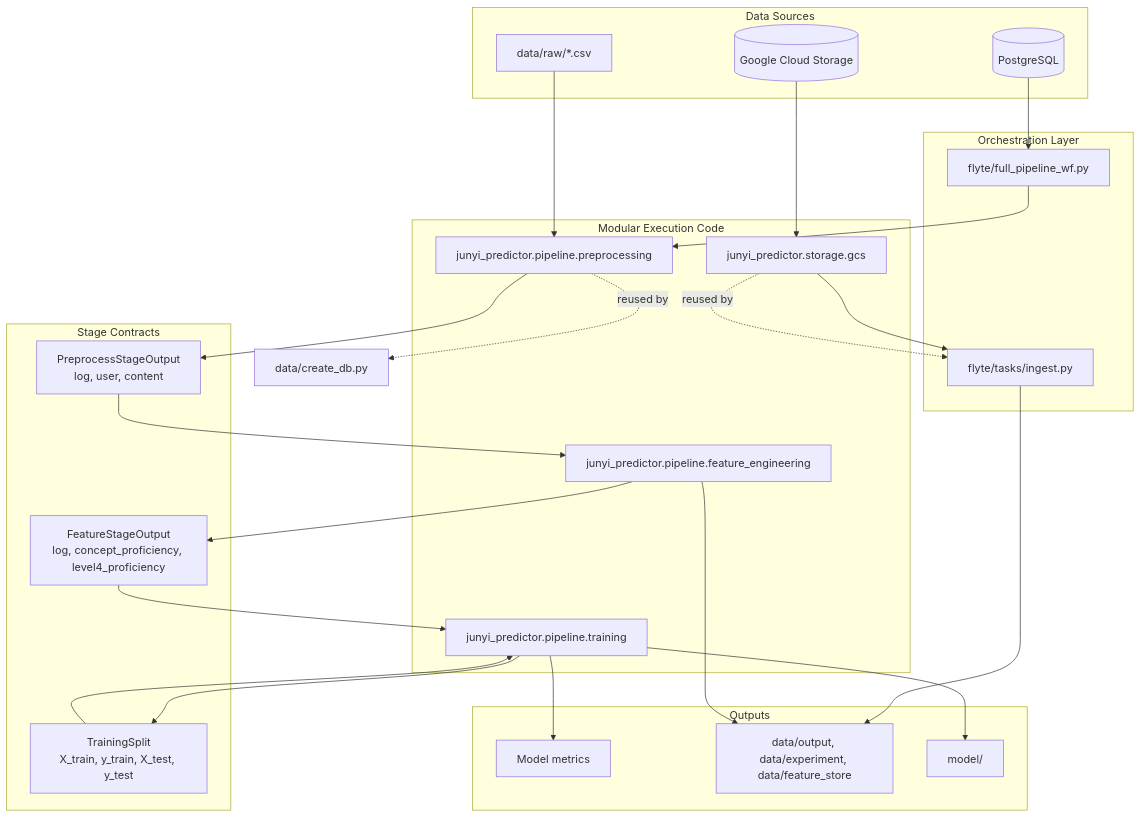
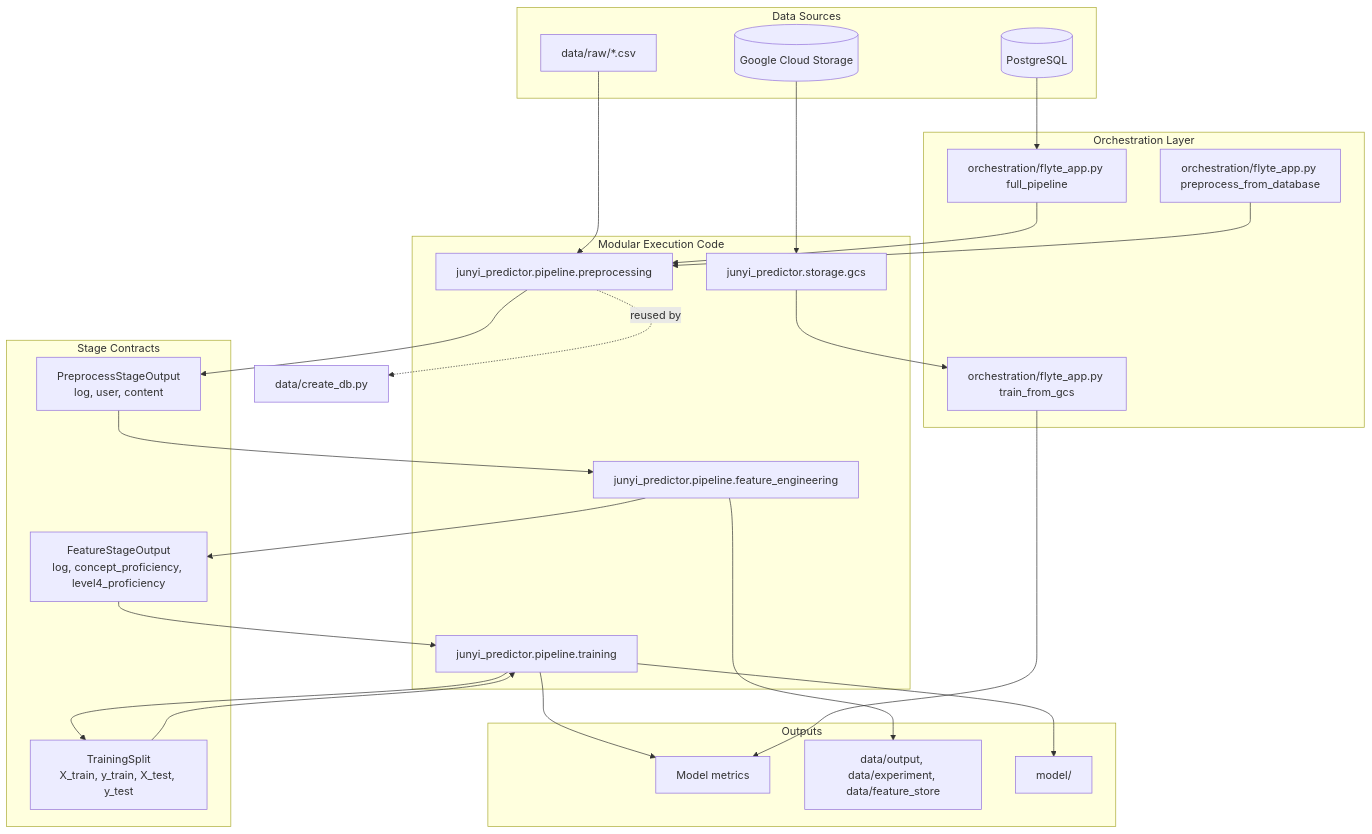
Before and after one commit to linhsinp/junyi-online-learning-prediction: the diagram in docs/current-system-design.md, drawn with Mermaid. The commit also changed other lines of this file and 4 other files, not shown here.

Commit message:
:memo: refresh docs and local commands for Flyte 2

````diff
--- a/docs/current-system-design.md
+++ b/docs/current-system-design.md
@@ -3,53 +3,54 @@
 ```mermaid
 flowchart TD
     subgraph Sources[Data Sources]
         PG[(PostgreSQL)]
         GCS[(Google Cloud Storage)]
         CSV[data/raw/*.csv]
     end
 
     subgraph Orchestration[Orchestration Layer]
-        WF[flyte/full_pipeline_wf.py]
-        INGEST[flyte/tasks/ingest.py]
+        WF[orchestration/flyte_app.py full_pipeline]
+        PRETASK[orchestration/flyte_app.py preprocess_from_database]
+        TRAINTASK[orchestration/flyte_app.py train_from_gcs]
     end
 
     subgraph Core[Modular Execution Code]
         PRE[junyi_predictor.pipeline.preprocessing]
         FE[junyi_predictor.pipeline.feature_engineering]
         TR[junyi_predictor.pipeline.training]
         STORE[junyi_predictor.storage.gcs]
     end
 
     subgraph Contracts[Stage Contracts]
         PREOUT[PreprocessStageOutput<br/>log, user, content]
         FEOUT[FeatureStageOutput<br/>log, concept_proficiency, level4_proficiency]
         TROS[TrainingSplit<br/>X_train, y_train, X_test, y_test]
     end
 
     subgraph Outputs[Outputs]
         METRICS[Model metrics]
         LOCAL[data/output, data/experiment, data/feature_store]
         MODEL[model/]
     end
 
     PG --> WF
     WF --> PRE
     PRE --> PREOUT
     PREOUT --> FE
     FE --> FEOUT
     FEOUT --> TR
     TR --> TROS
     TROS --> TR
     TR --> METRICS
 
     GCS --> STORE
-    STORE --> INGEST
-    INGEST --> LOCAL
+    STORE --> TRAINTASK
+    TRAINTASK --> METRICS
 
     CSV --> PRE
     FE --> LOCAL
     TR --> MODEL
 
     PRE -. reused by .-> data/create_db.py
-    STORE -. reused by .-> INGEST
+    PRETASK --> PRE
 ```
````
